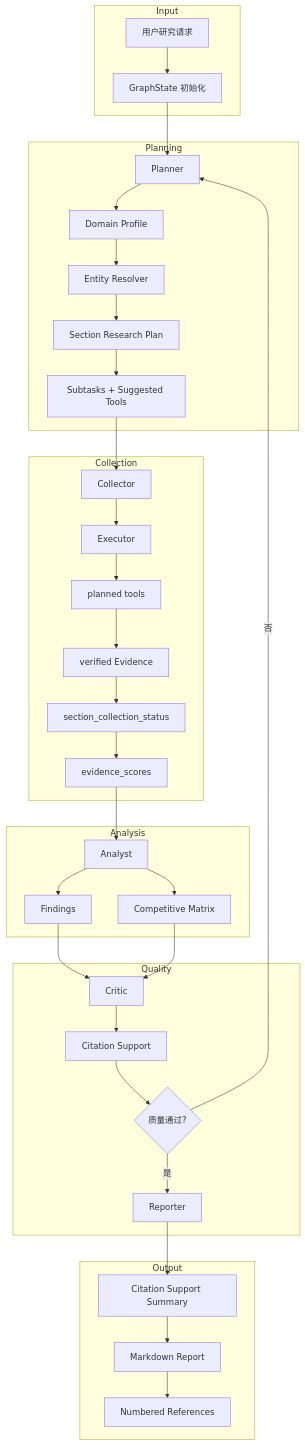
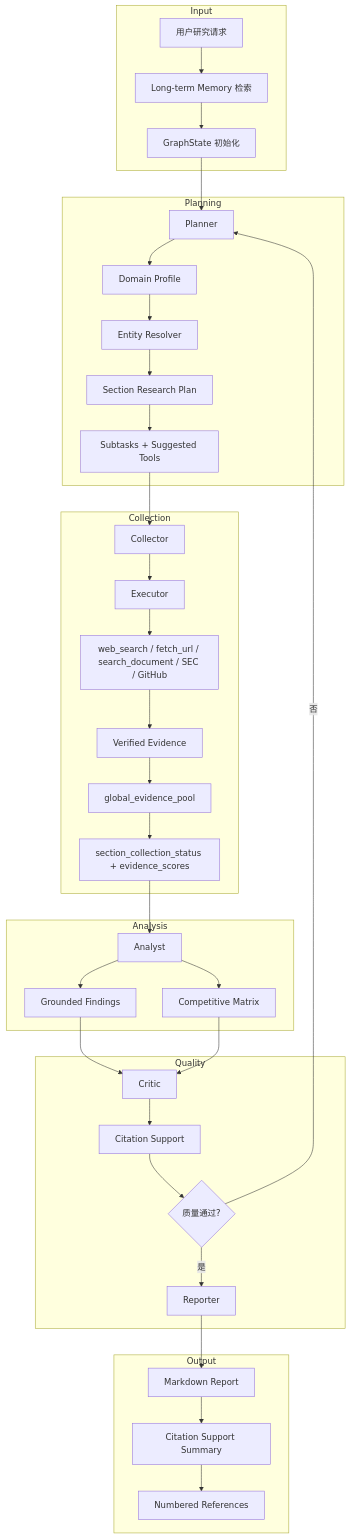
One commit to Caser-86/InsightGraph changed the first of 3 diagrams in README.md. Above: the diagram before and after it, drawn with Mermaid. The commit also changed other lines of this file, not shown here.

Commit message:
docs: rewrite readme for live research positioning

````diff
--- a/README.md
+++ b/README.md
@@ -127,44 +120,45 @@
 ```mermaid
 flowchart TB
     subgraph Input
-        A[用户研究请求] --> B[GraphState 初始化]
+        A[用户研究请求] --> B[Long-term Memory 检索]
+        B --> C[GraphState 初始化]
     end
 
     subgraph Planning
-        B --> C[Planner]
-        C --> C1[Domain Profile]
-        C1 --> C2[Entity Resolver]
-        C2 --> C3[Section Research Plan]
-        C3 --> C4[Subtasks + Suggested Tools]
+        C --> D[Planner]
+        D --> D1[Domain Profile]
+        D1 --> D2[Entity Resolver]
+        D2 --> D3[Section Research Plan]
+        D3 --> D4[Subtasks + Suggested Tools]
     end
 
     subgraph Collection
-        C4 --> D[Collector]
-        D --> E[Executor]
-        E --> E1[planned tools]
-        E1 --> E2[verified Evidence]
-        E2 --> E3[section_collection_status]
-        E3 --> E4[evidence_scores]
+        D4 --> E[Collector]
+        E --> E1[Executor]
+        E1 --> E2[web_search / fetch_url / search_document / SEC / GitHub]
+        E2 --> E3[Verified Evidence]
+        E3 --> E4[global_evidence_pool]
+        E4 --> E5[section_collection_status + evidence_scores]
     end
 
     subgraph Analysis
-        E4 --> F[Analyst]
-        F --> F1[Findings]
+        E5 --> F[Analyst]
+        F --> F1[Grounded Findings]
         F --> F2[Competitive Matrix]
     end
 
     subgraph Quality
         F1 --> G[Critic]
         F2 --> G
         G --> G1[Citation Support]
         G1 --> G2{质量通过?}
-        G2 -->|否| C
+        G2 -->|否| D
         G2 -->|是| H[Reporter]
     end
 
     subgraph Output
-        H --> H1[Citation Support Summary]
-        H1 --> H2[Markdown Report]
+        H --> H1[Markdown Report]
+        H1 --> H2[Citation Support Summary]
         H2 --> H3[Numbered References]
     end
 ```
````
